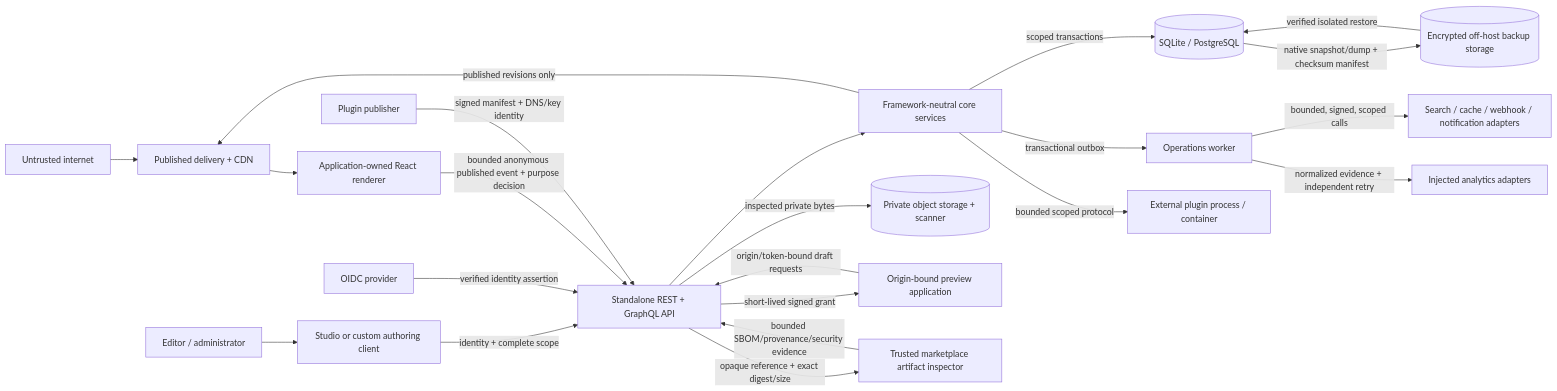
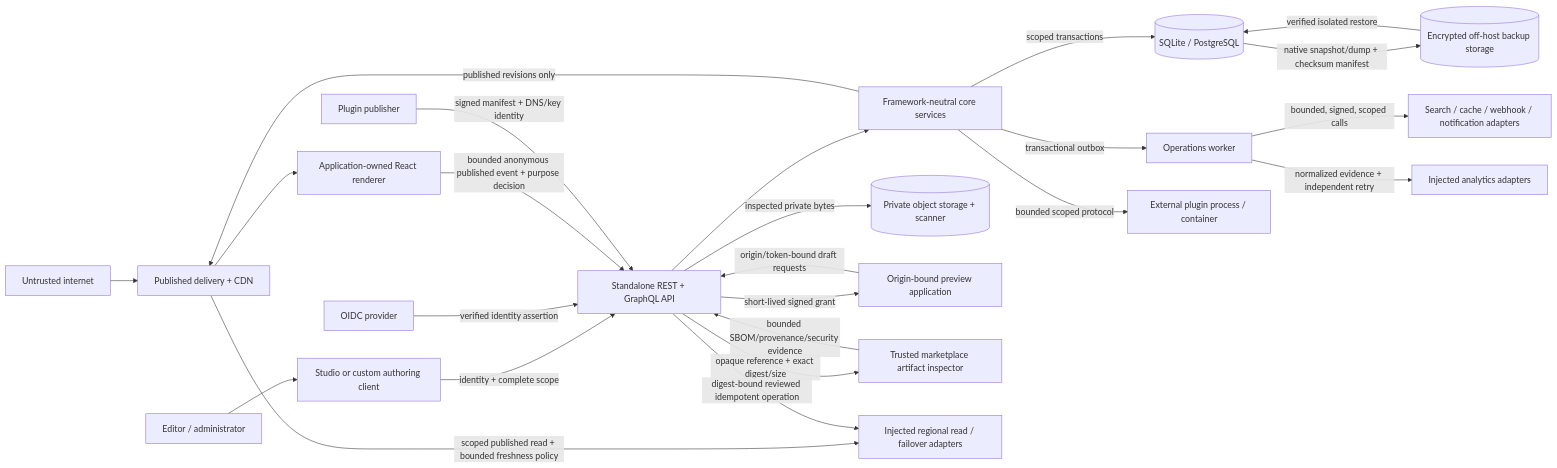
One commit to Seance1723/GridStory changed the diagram in docs/security/threat-model.md. Above: the diagram before and after it, drawn with Mermaid. The commit also changed other lines of this file and 39 other files, not shown here.

Commit message:
feat: add regional delivery and failover controls

````diff
--- a/docs/security/threat-model.md
+++ b/docs/security/threat-model.md
@@ -9,43 +9,46 @@
 ```mermaid
 flowchart LR
   internet["Untrusted internet"]
   editor["Editor / administrator"]
   studio["Studio or custom authoring client"]
   api["Standalone REST + GraphQL API"]
   core["Framework-neutral core services"]
   db[("SQLite / PostgreSQL")]
   worker["Operations worker"]
   adapters["Search / cache / webhook / notification adapters"]
   analytics["Injected analytics adapters"]
   object[("Private object storage + scanner")]
   preview["Origin-bound preview application"]
   delivery["Published delivery + CDN"]
   app["Application-owned React renderer"]
   idp["OIDC provider"]
   publisher["Plugin publisher"]
   scanner["Trusted marketplace artifact inspector"]
   plugin["External plugin process / container"]
   backup[("Encrypted off-host backup storage")]
+  regional["Injected regional read / failover adapters"]
 
   editor --> studio
   internet --> delivery
   studio -->|"identity + complete scope"| api
   idp -->|"verified identity assertion"| api
   api --> core
   core -->|"scoped transactions"| db
   core -->|"transactional outbox"| worker
   worker -->|"bounded, signed, scoped calls"| adapters
   api -->|"inspected private bytes"| object
   api -->|"short-lived signed grant"| preview
   preview -->|"origin/token-bound draft requests"| api
   core -->|"published revisions only"| delivery
   delivery --> app
   app -->|"bounded anonymous published event + purpose decision"| api
   worker -->|"normalized evidence + independent retry"| analytics
   publisher -->|"signed manifest + DNS/key identity"| api
   api -->|"opaque reference + exact digest/size"| scanner
   scanner -->|"bounded SBOM/provenance/security evidence"| api
   core -->|"bounded scoped protocol"| plugin
   db -->|"native snapshot/dump + checksum manifest"| backup
   backup -->|"verified isolated restore"| db
+  delivery -->|"scoped published read + bounded freshness policy"| regional
+  api -->|"digest-bound reviewed idempotent operation"| regional
 ```
````
